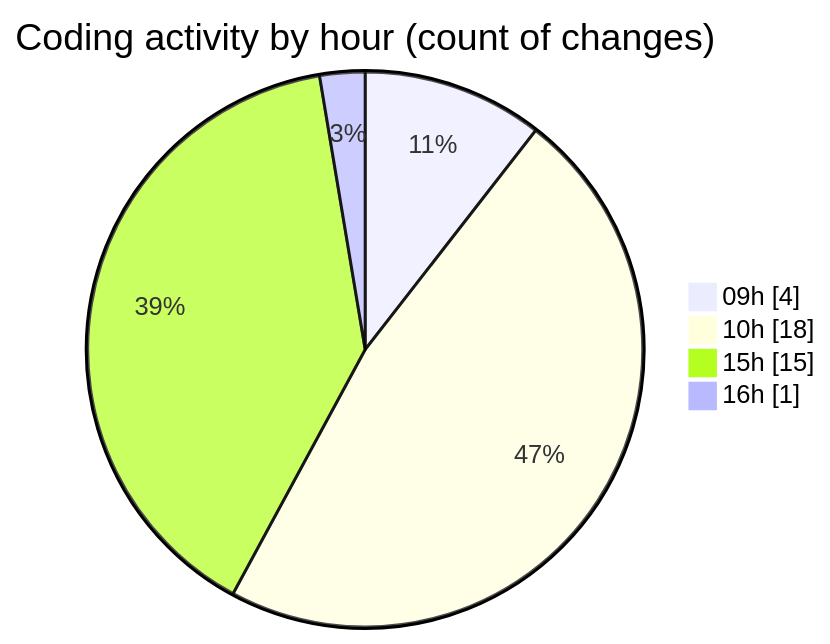
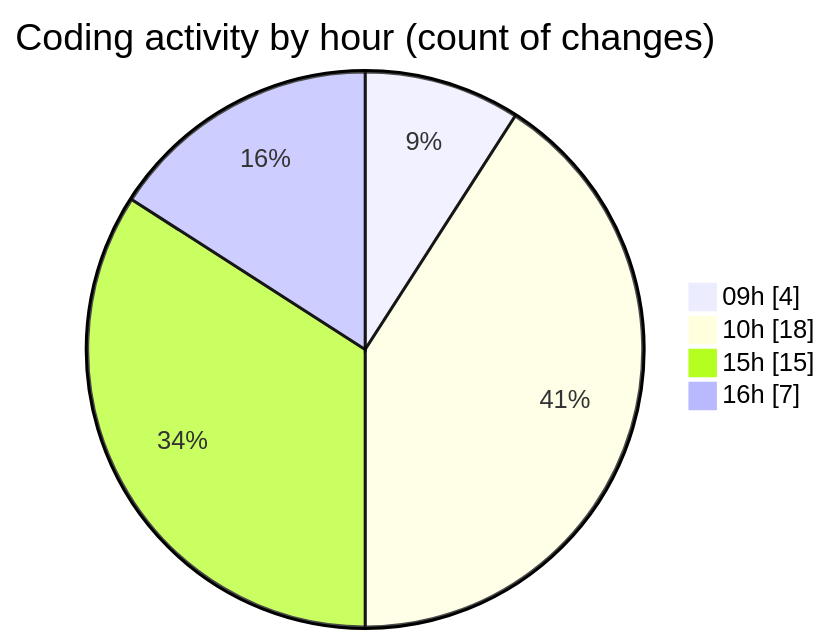
The second of 2 diagrams in 2025-08-20/cda/README.md (momahboobian/code-tracking), drawn with Mermaid before and after one commit. The commit also changed other lines of this file and 1 other file, not shown here.

````diff
--- a/2025-08-20/cda/README.md
+++ b/2025-08-20/cda/README.md
@@ -33,8 +33,8 @@
 ```mermaid
 pie showData
 title Coding activity by hour (count of changes)
 "09h" : 4
 "10h" : 18
 "15h" : 15
-"16h" : 1
+"16h" : 7
 ```
````
